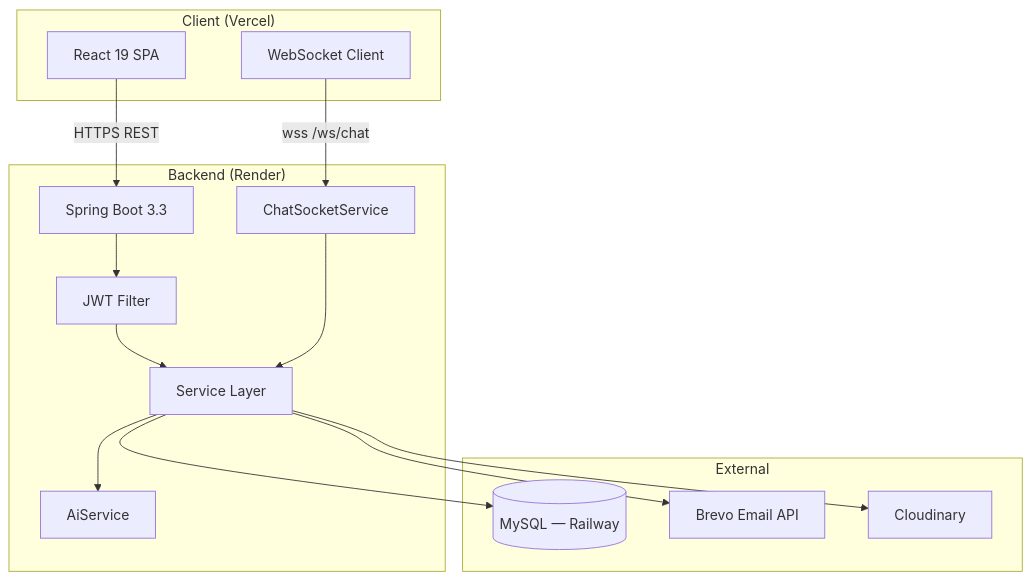
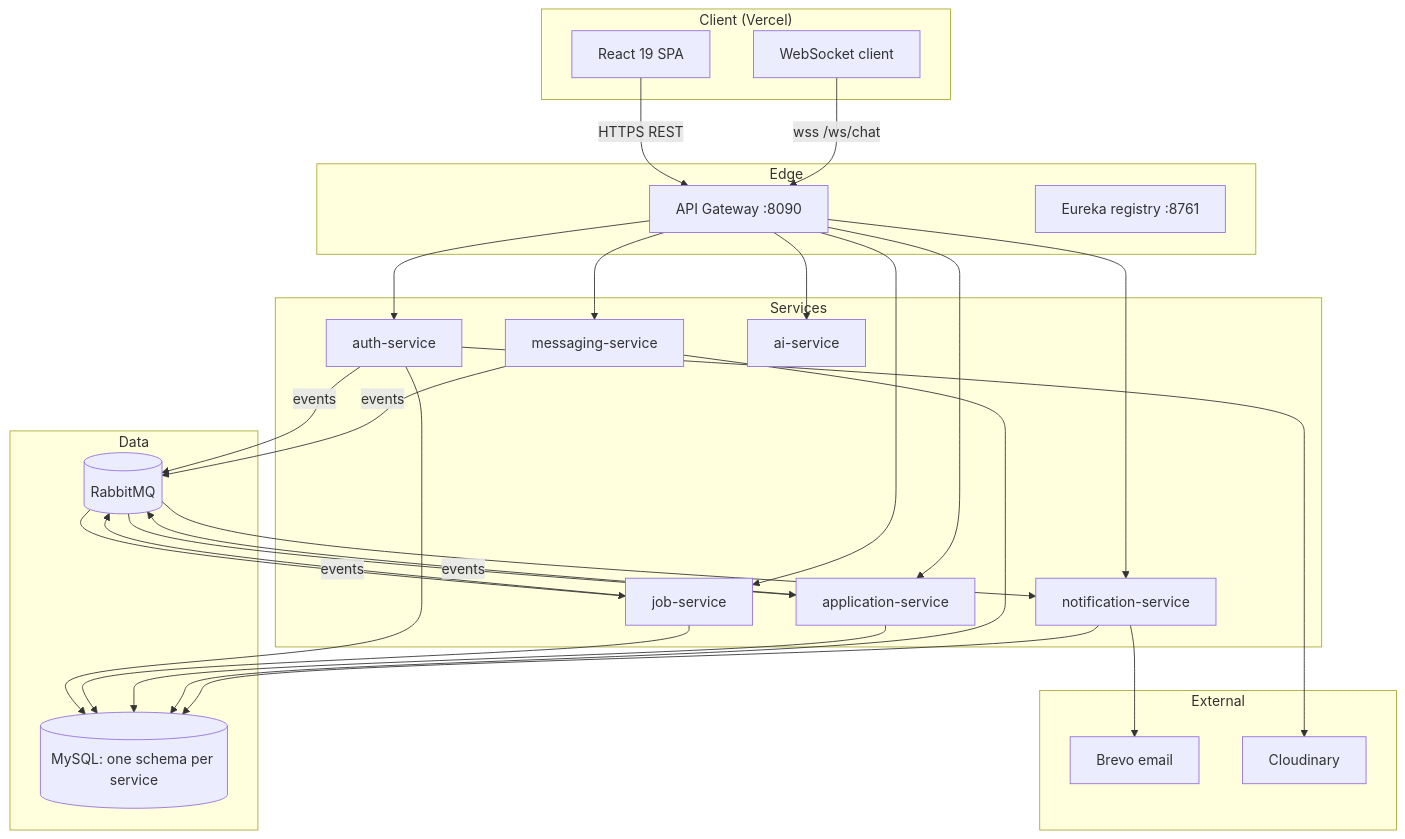
The first of 4 diagrams in docs/ARCHITECTURE.md (manisai03/Globalco), drawn with Mermaid before and after one commit. The commit also changed other lines of this file and 415 other files, not shown here.

````diff
--- a/docs/ARCHITECTURE.md
+++ b/docs/ARCHITECTURE.md
@@ -9,30 +12,40 @@
 ```mermaid
 flowchart TB
     subgraph Client["Client (Vercel)"]
         FE[React 19 SPA]
-        WS[WebSocket Client]
+        WS[WebSocket client]
     end
 
-    subgraph Backend["Backend (Render)"]
-        API[Spring Boot 3.3]
-        SEC[JWT Filter]
-        SVC[Service Layer]
-        AI[AiService]
-        CHAT[ChatSocketService]
+    subgraph Edge
+        GW[API Gateway :8090]
+        EU[Eureka registry :8761]
+    end
+
+    subgraph Services
+        AUTH[auth-service]
+        JOB[job-service]
+        APP[application-service]
+        MSG[messaging-service]
+        NOTIF[notification-service]
+        AI[ai-service]
+    end
+
+    subgraph Data
+        DB[(MySQL: one schema per service)]
+        MQ[(RabbitMQ)]
     end
 
     subgraph External
-        DB[(MySQL — Railway)]
-        BREVO[Brevo Email API]
+        BREVO[Brevo email]
         CLD[Cloudinary]
     end
 
-    FE -->|HTTPS REST| API
-    WS -->|wss /ws/chat| CHAT
-    API --> SEC --> SVC
-    SVC --> AI
-    SVC --> DB
-    SVC --> BREVO
-    SVC --> CLD
-    CHAT --> SVC
+    FE -->|HTTPS REST| GW
+    WS -->|wss /ws/chat| GW
+    GW --> AUTH & JOB & APP & MSG & NOTIF & AI
+    AUTH & JOB & APP & MSG & NOTIF --> DB
+    AUTH & JOB & APP & MSG -->|events| MQ
+    MQ --> JOB & APP & NOTIF
+    AUTH --> CLD
+    NOTIF --> BREVO
 ```
````
